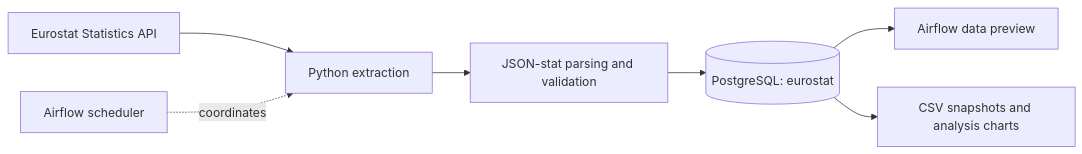
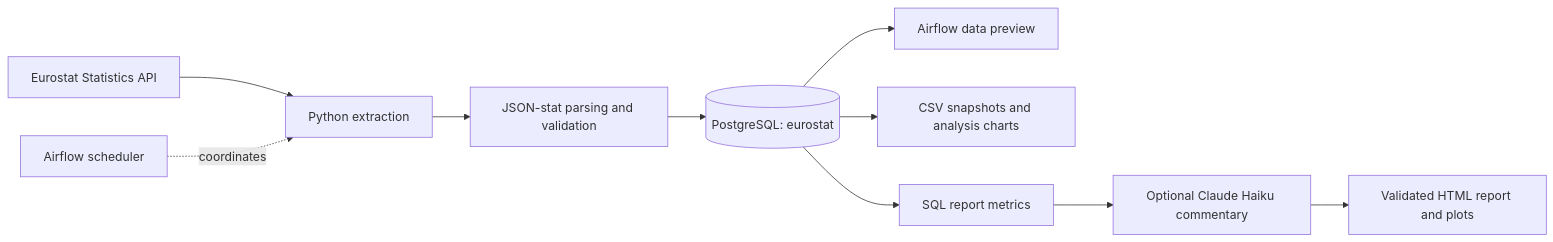
Before and after one commit to hassanzafarr/eurostat-etl-airflow: the diagram in README.md, drawn with Mermaid. The commit also changed other lines of this file and 29 other files, not shown here.

Commit message:
Add cached Claude Haiku reports grounded in SQL evidence with plots and evaluations

````diff
--- a/README.md
+++ b/README.md
@@ -21,9 +21,12 @@
 ```mermaid
 flowchart LR
     E[Eurostat Statistics API] --> X[Python extraction]
     X --> V[JSON-stat parsing and validation]
     V --> P[(PostgreSQL: eurostat)]
     P --> L[Airflow data preview]
     P --> C[CSV snapshots and analysis charts]
+    P --> M[SQL report metrics]
+    M --> H[Optional Claude Haiku commentary]
+    H --> R[Validated HTML report and plots]
     A[Airflow scheduler] -. coordinates .-> X
 ```
````
